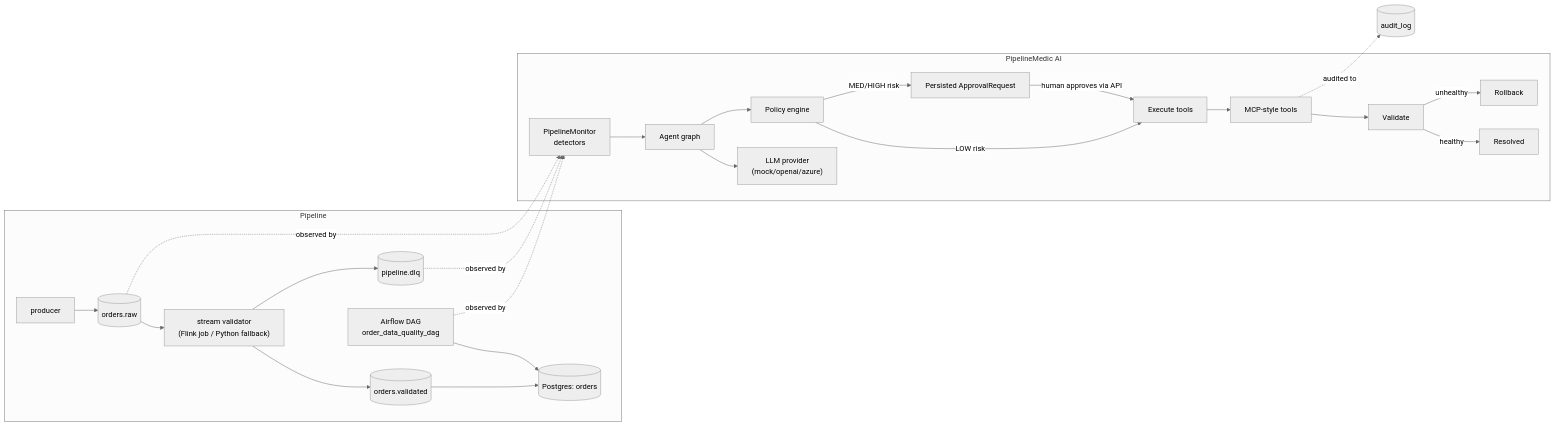
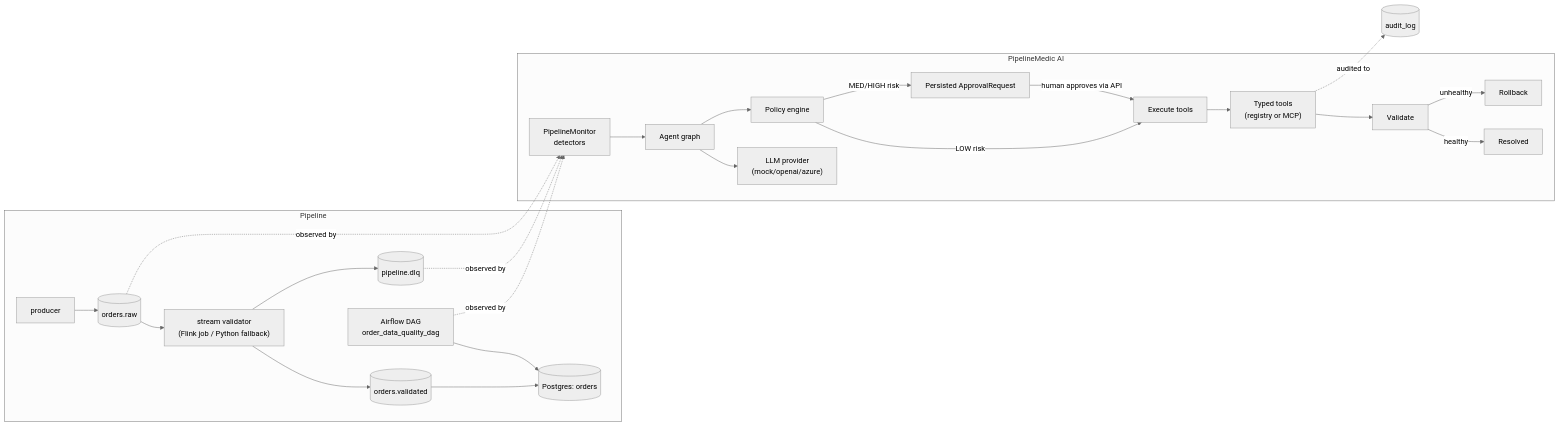
One commit to LOHITHK22/PipelineMedic-AI changed the first of 2 diagrams in README.md. Above: the diagram before and after it, drawn with Mermaid (neutral theme). The commit also changed other lines of this file and 17 other files, not shown here.

````diff
--- a/README.md
+++ b/README.md
@@ -13,29 +13,29 @@
 ```mermaid
 flowchart LR
     subgraph pipeline["Pipeline"]
         P["producer"] --> K1[("orders.raw")]
         K1 --> V["stream validator<br/>(Flink job / Python fallback)"]
         V --> K2[("orders.validated")]
         V --> DLQ[("pipeline.dlq")]
         K2 --> PG[("Postgres: orders")]
         AF["Airflow DAG<br/>order_data_quality_dag"] --> PG
     end
 
     subgraph medic["PipelineMedic AI"]
         MON["PipelineMonitor<br/>detectors"] --> AG["Agent graph"]
         AG --> LLM["LLM provider<br/>(mock/openai/azure)"]
         AG --> POL["Policy engine"]
         POL -->|"LOW risk"| EXE["Execute tools"]
         POL -->|"MED/HIGH risk"| APR["Persisted ApprovalRequest"]
         APR -->|"human approves via API"| EXE
-        EXE --> TOOLS["MCP-style tools"]
+        EXE --> TOOLS["Typed tools<br/>(registry or MCP)"]
         TOOLS --> VAL["Validate"]
         VAL -->|"healthy"| RES["Resolved"]
         VAL -->|"unhealthy"| RB["Rollback"]
     end
 
     K1 -.->|"observed by"| MON
     DLQ -.->|"observed by"| MON
     AF -.->|"observed by"| MON
     TOOLS -.->|"audited to"| AUDIT[("audit_log")]
 ```
````
